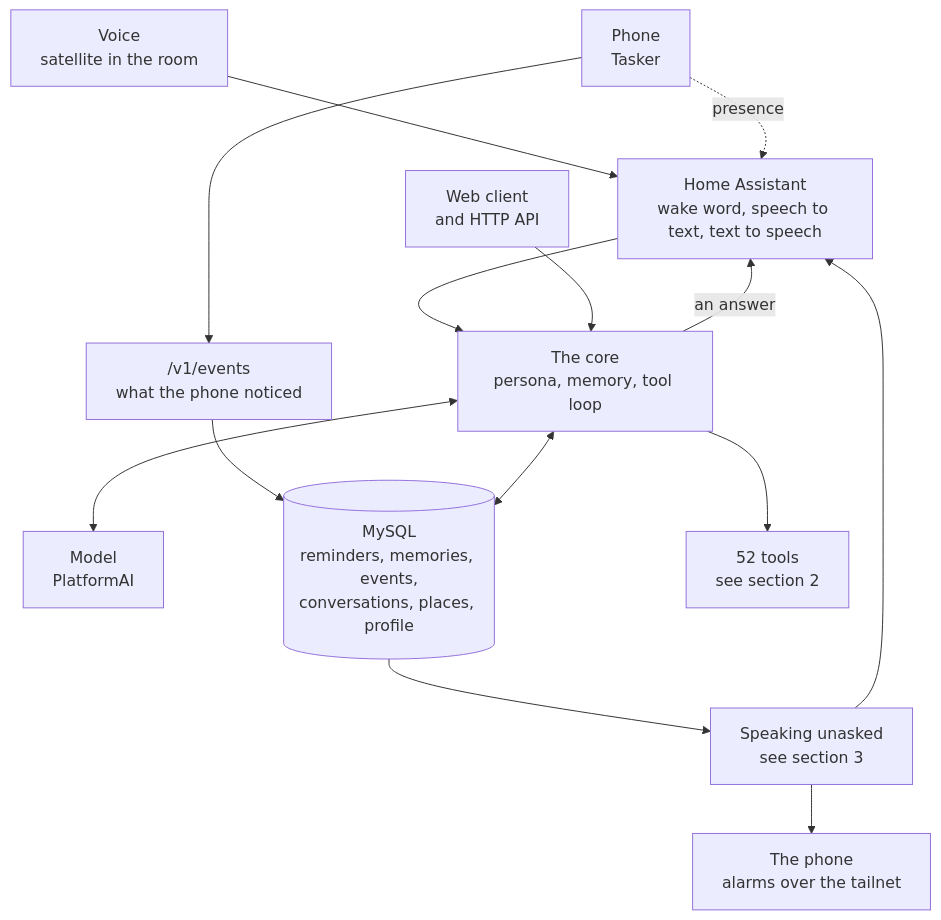
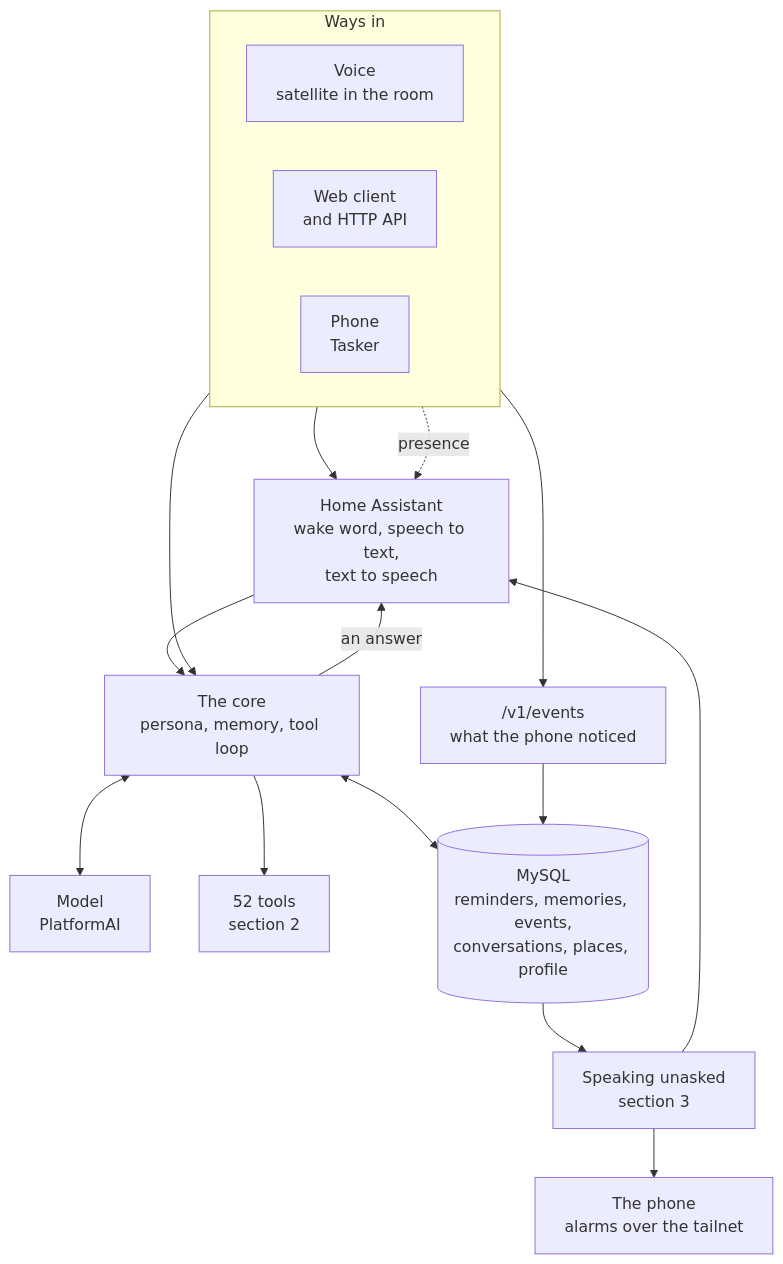
Before and after one commit to DhanushRamesh/personal-assistant: the first of 4 diagrams in FEATURES.md, drawn with Mermaid.

Commit message:
Lay the first diagram out so it can be read
Auto-layout crossed its own edges and stranded the model in a
corner. Grouping the ways in and ordering the rest straightens
it: one path down from the room to the core, one across from the
phone to the database, and the unasked side hanging off the
bottom where it belongs.

All four diagrams render, checked against the system Chrome
rather than assumed.

````diff
--- a/FEATURES.md
+++ b/FEATURES.md
@@ -19,27 +19,36 @@
 ```mermaid
 flowchart TB
-    SAT["Voice<br/>satellite in the room"]
-    PHONE["Phone<br/>Tasker"]
-    WEB["Web client<br/>and HTTP API"]
+    subgraph IN["Ways in"]
+        direction LR
+        SAT["Voice<br/>satellite in the room"]
+        WEB["Web client<br/>and HTTP API"]
+        PHONE["Phone<br/>Tasker"]
+    end
 
-    HA["Home Assistant<br/>wake word, speech to text, text to speech"]
+    HA["Home Assistant<br/>wake word, speech to text,<br/>text to speech"]
     EVENTS["/v1/events<br/>what the phone noticed"]
+
+    SAT --> HA
+    PHONE --> EVENTS
+    PHONE -. "presence" .-> HA
+    HA --> CORE
+    WEB --> CORE
 
     CORE["The core<br/>persona, memory, tool loop"]
     MODEL["Model<br/>PlatformAI"]
+    TOOLS["52 tools<br/>section 2"]
     DB[("MySQL<br/>reminders, memories, events,<br/>conversations, places, profile")]
 
-    SAT --> HA --> CORE
-    WEB --> CORE
-    PHONE --> EVENTS --> DB
-    PHONE -. "presence" .-> HA
+    CORE <--> MODEL
+    CORE --> TOOLS
+    CORE <--> DB
+    EVENTS --> DB
+    CORE -- "an answer" --> HA
 
-    CORE <--> MODEL
-    CORE <--> DB
-    CORE --> TOOLS["52 tools<br/>see section 2"]
+    UNASKED["Speaking unasked<br/>section 3"]
+    ALARMS["The phone<br/>alarms over the tailnet"]
 
-    CORE -- "an answer" --> HA
-    UNASKED["Speaking unasked<br/>see section 3"] --> HA
-    UNASKED --> PUSH["The phone<br/>alarms over the tailnet"]
     DB --> UNASKED
+    UNASKED --> HA
+    UNASKED --> ALARMS
 ```
````
